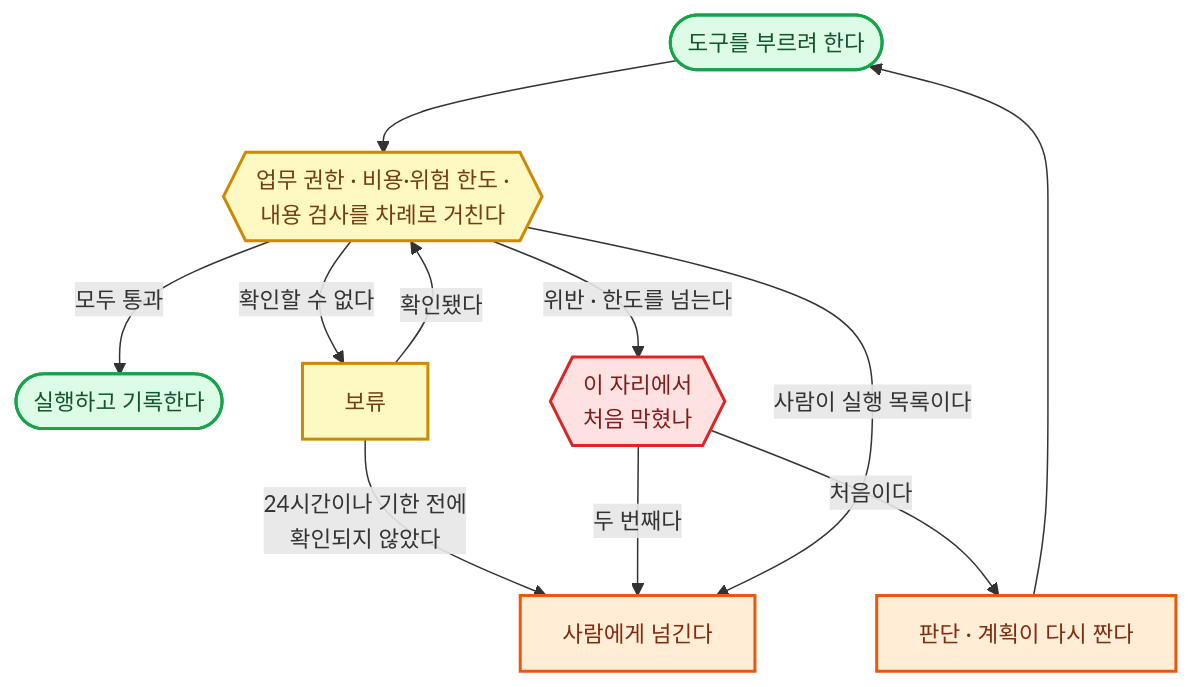
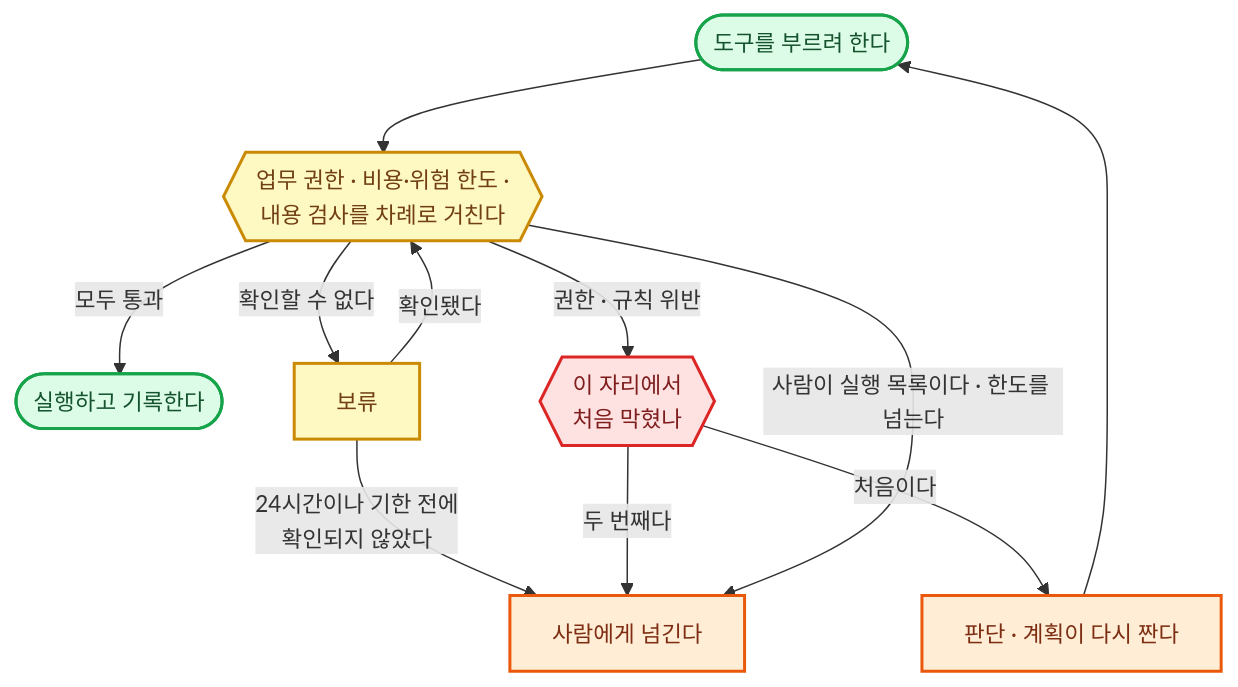
One commit to harisbaguette/expert changed diagram 14 of 27 in 전문가 에이전트 정의 2.md. Above: the diagram before and after it, drawn with Mermaid. The commit also changed other lines of this file, not shown here.

````diff
--- a/전문가 에이전트 정의 2.md
+++ b/전문가 에이전트 정의 2.md
@@ -1659,16 +1664,16 @@
 ```mermaid
 %%{init: {"flowchart": {"wrappingWidth": 640, "curve": "basis", "nodeSpacing": 45, "rankSpacing": 55, "padding": 14, "useMaxWidth": true}, "themeVariables": {"fontSize": "15px"}} }%%
 flowchart TB
     CALL(["도구를 부르려 한다"]):::good --> G{{"업무 권한 · 비용·위험 한도 ·<br/>내용 검사를 차례로 거친다"}}:::note
     G -- "모두 통과" --> RUN(["실행하고 기록한다"]):::good
     G -- "확인할 수 없다" --> HOLD["보류"]:::note -- "확인됐다" --> G
     HOLD -- "24시간이나 기한 전에<br/>확인되지 않았다" --> HUM
-    G -- "위반 · 한도를 넘는다" --> B{{"이 자리에서<br/>처음 막혔나"}}:::stop
+    G -- "권한 · 규칙 위반" --> B{{"이 자리에서<br/>처음 막혔나"}}:::stop
     B -- "처음이다" --> RE["판단 · 계획이 다시 짠다"]:::back --> CALL
     B -- "두 번째다" --> HUM["사람에게 넘긴다"]:::back
-    G -- "사람이 실행 목록이다" --> HUM
+    G -- "사람이 실행 목록이다 · 한도를 넘는다" --> HUM
     classDef stop fill:#fee2e2,stroke:#dc2626,stroke-width:2px,color:#7f1d1d
     classDef back fill:#ffedd5,stroke:#ea580c,stroke-width:2px,color:#7c2d12
     classDef good fill:#dcfce7,stroke:#16a34a,stroke-width:2px,color:#14532d
     classDef note fill:#fef9c3,stroke:#ca8a04,stroke-width:2px,color:#713f12
 ```
````
